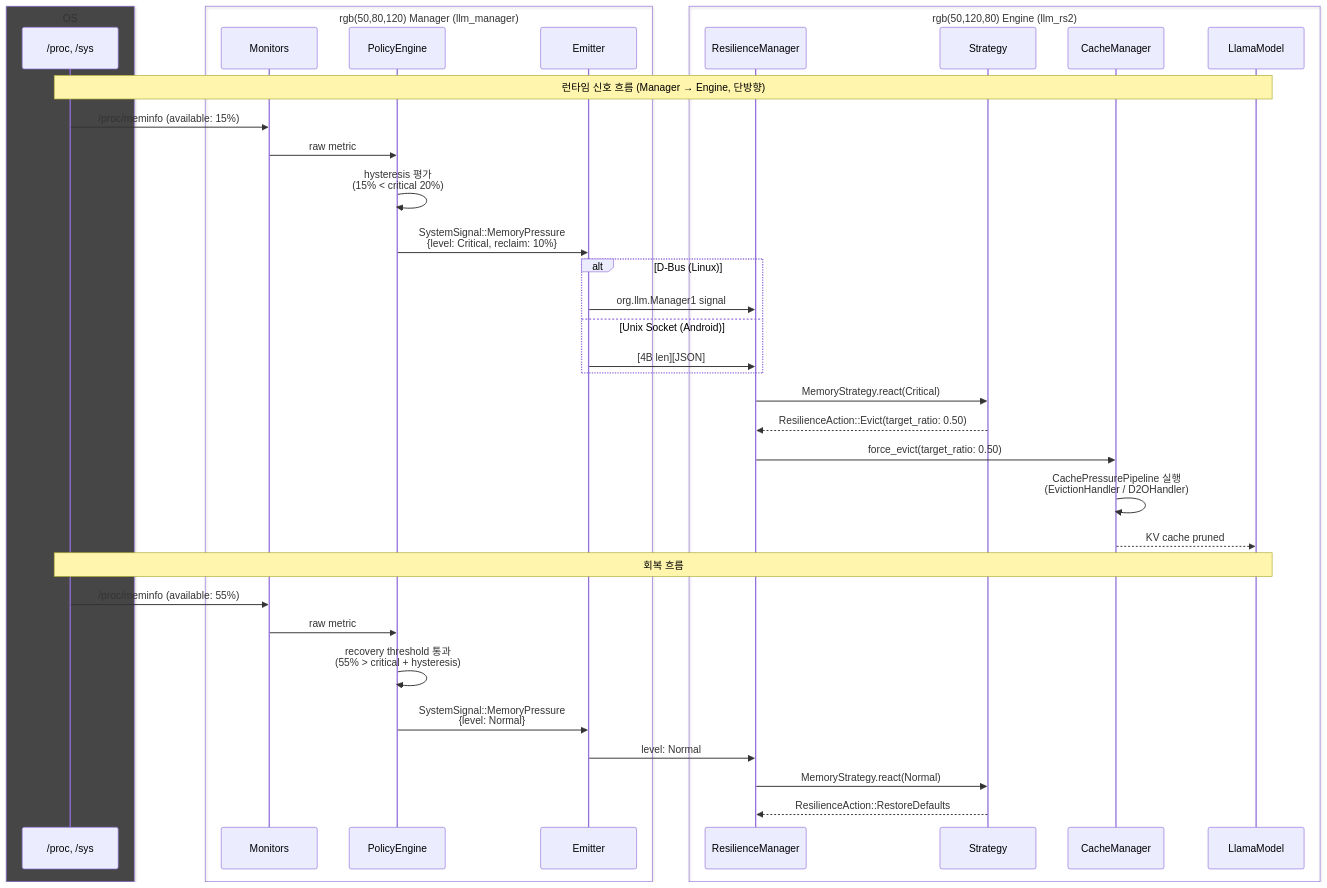
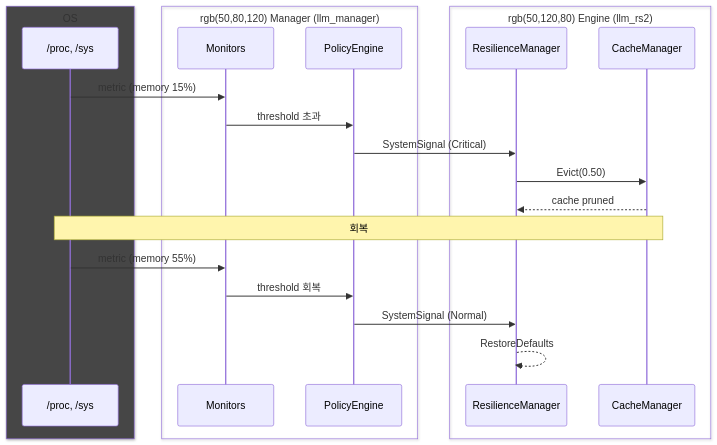
Before and after one commit to hedone21/llm_rs2: the second of 5 diagrams in ARCHITECTURE.md, drawn with Mermaid.

Commit message:
docs(architecture): simplify sequence diagram
Reduce participants from 8 to 4 (OS, Monitors, PolicyEngine,
ResilienceManager, CacheManager) and trim verbose labels to show
the essential signal flow concisely.

````diff
--- a/ARCHITECTURE.md
+++ b/ARCHITECTURE.md
@@ -80,46 +80,27 @@
 ```mermaid
 sequenceDiagram
     box rgb(70,70,70) OS
         participant OS as /proc, /sys
     end
     box rgb(50,80,120) Manager (llm_manager)
         participant Mon as Monitors
-        participant Eval as PolicyEngine
-        participant Emit as Emitter
+        participant PE as PolicyEngine
     end
     box rgb(50,120,80) Engine (llm_rs2)
         participant Res as ResilienceManager
-        participant Strat as Strategy
         participant CM as CacheManager
-        participant Model as LlamaModel
     end
 
-    Note over OS,Model: 런타임 신호 흐름 (Manager → Engine, 단방향)
+    OS->>Mon: metric (memory 15%)
+    Mon->>PE: threshold 초과
+    PE->>Res: SystemSignal (Critical)
+    Res->>CM: Evict(0.50)
+    CM-->>Res: cache pruned
 
-    OS->>Mon: /proc/meminfo (available: 15%)
-    Mon->>Eval: raw metric
-    Eval->>Eval: hysteresis 평가<br/>(15% < critical 20%)
-    Eval->>Emit: SystemSignal::MemoryPressure<br/>{level: Critical, reclaim: 10%}
+    Note over OS,CM: 회복
 
-    alt D-Bus (Linux)
-        Emit->>Res: org.llm.Manager1 signal
-    else Unix Socket (Android)
-        Emit->>Res: [4B len][JSON]
-    end
-
-    Res->>Strat: MemoryStrategy.react(Critical)
-    Strat-->>Res: ResilienceAction::Evict(target_ratio: 0.50)
-    Res->>CM: force_evict(target_ratio: 0.50)
-    CM->>CM: CachePressurePipeline 실행<br/>(EvictionHandler / D2OHandler)
-    CM-->>Model: KV cache pruned
-
-    Note over OS,Model: 회복 흐름
-
-    OS->>Mon: /proc/meminfo (available: 55%)
-    Mon->>Eval: raw metric
-    Eval->>Eval: recovery threshold 통과<br/>(55% > critical + hysteresis)
-    Eval->>Emit: SystemSignal::MemoryPressure<br/>{level: Normal}
-    Emit->>Res: level: Normal
-    Res->>Strat: MemoryStrategy.react(Normal)
-    Strat-->>Res: ResilienceAction::RestoreDefaults
+    OS->>Mon: metric (memory 55%)
+    Mon->>PE: threshold 회복
+    PE->>Res: SystemSignal (Normal)
+    Res-->>Res: RestoreDefaults
 ```
````
